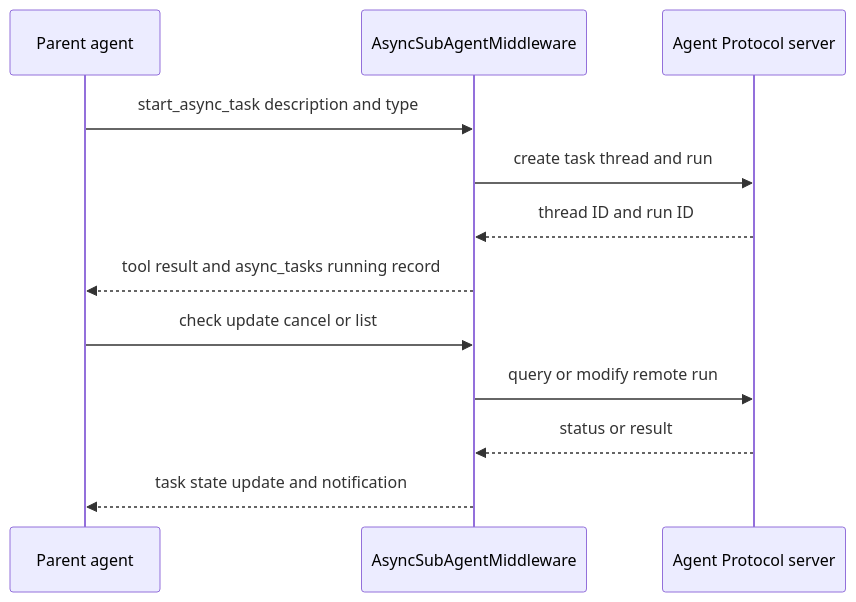
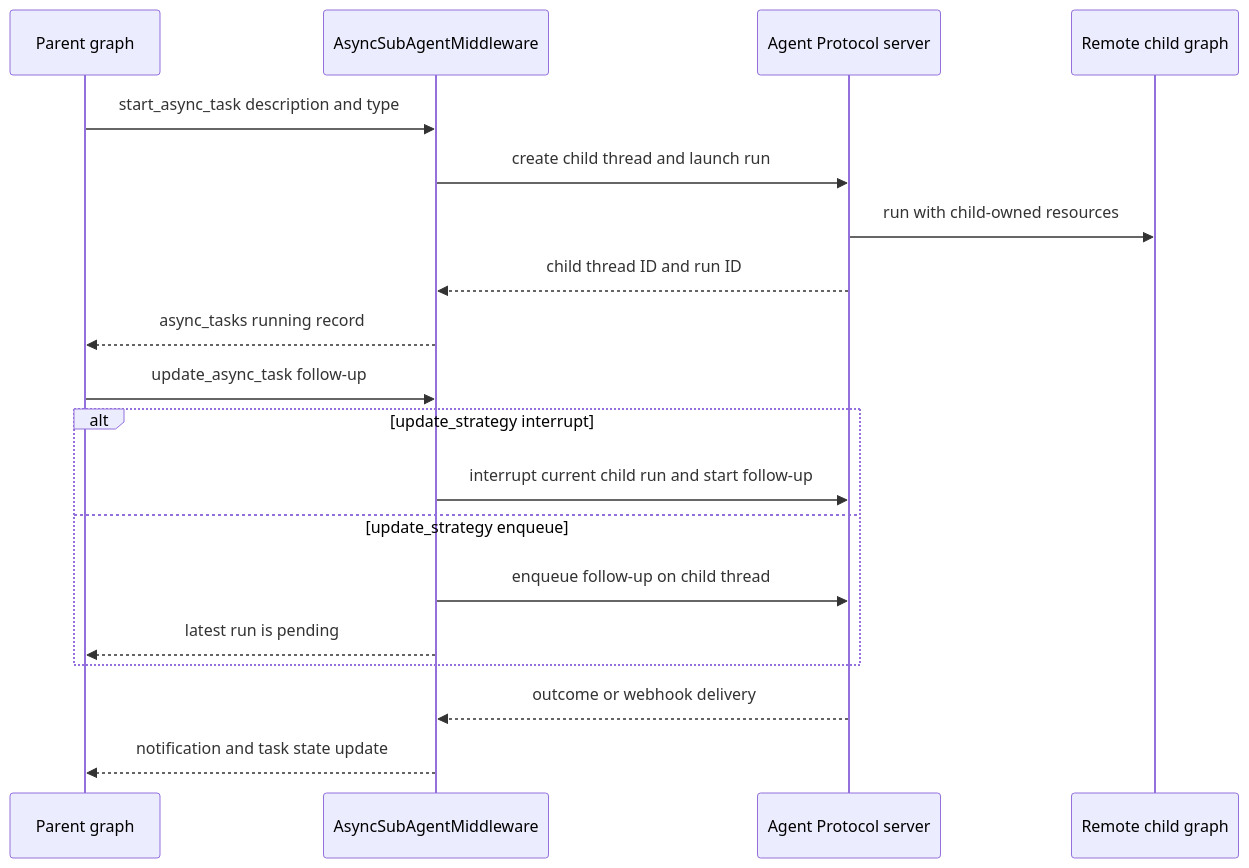
Before and after one commit to langchain-ai/deepagents: the second of 2 diagrams in openwiki/workflows/build-a-deep-agent.md, drawn with Mermaid. The commit also changed other lines of this file and 35 other files, not shown here.

````diff
--- a/openwiki/workflows/build-a-deep-agent.md
+++ b/openwiki/workflows/build-a-deep-agent.md
@@ -114,14 +100,21 @@
 ```mermaid
 sequenceDiagram
-    participant Parent as Parent agent
+    participant Parent as Parent graph
     participant AsyncMW as AsyncSubAgentMiddleware
     participant Server as Agent Protocol server
+    participant Child as Remote child graph
     Parent->>AsyncMW: start_async_task description and type
-    AsyncMW->>Server: create task thread and run
-    Server-->>AsyncMW: thread ID and run ID
-    AsyncMW-->>Parent: tool result and async_tasks running record
-    Parent->>AsyncMW: check update cancel or list
-    AsyncMW->>Server: query or modify remote run
-    Server-->>AsyncMW: status or result
-    AsyncMW-->>Parent: task state update and notification
+    AsyncMW->>Server: create child thread and launch run
+    Server->>Child: run with child-owned resources
+    Server-->>AsyncMW: child thread ID and run ID
+    AsyncMW-->>Parent: async_tasks running record
+    Parent->>AsyncMW: update_async_task follow-up
+    alt update_strategy interrupt
+        AsyncMW->>Server: interrupt current child run and start follow-up
+    else update_strategy enqueue
+        AsyncMW->>Server: enqueue follow-up on child thread
+        AsyncMW-->>Parent: latest run is pending
+    end
+    Server-->>AsyncMW: outcome or webhook delivery
+    AsyncMW-->>Parent: notification and task state update
 ```
````
